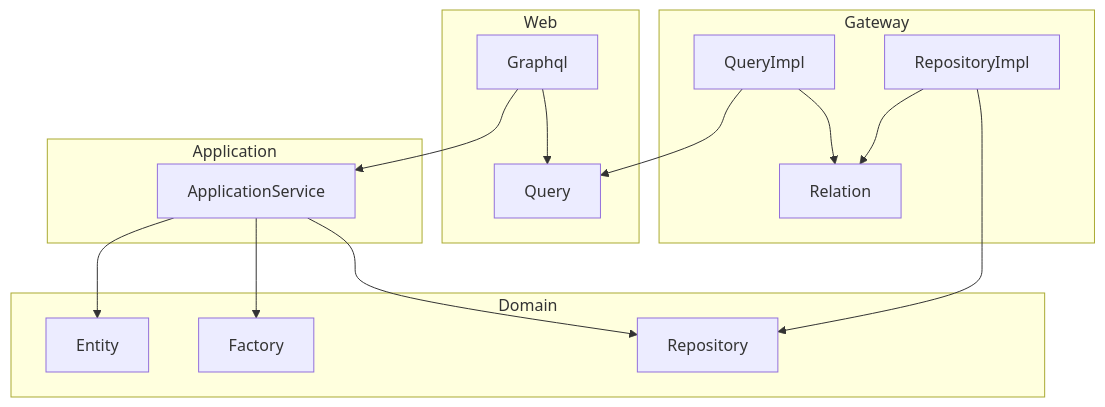
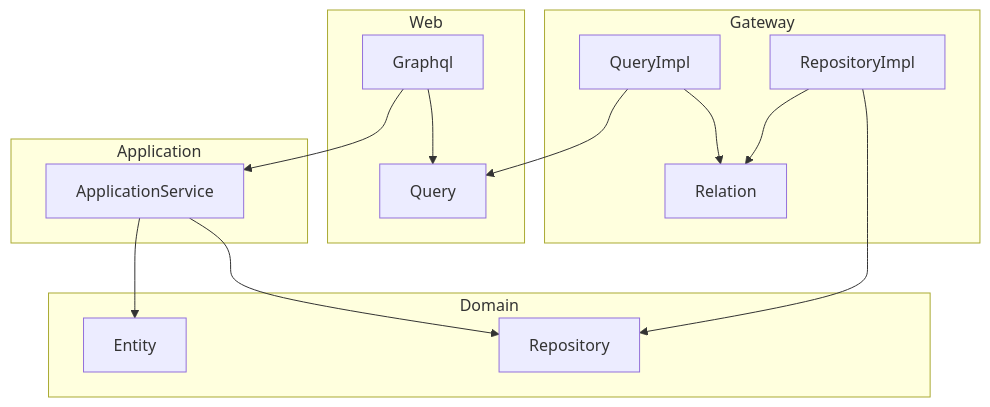
Before and after one commit to ippachi/ticketman: the diagram in backend/README.md, drawn with Mermaid. The commit also changed 9 other files, not shown here.

````diff
--- a/backend/README.md
+++ b/backend/README.md
@@ -14,31 +14,29 @@
 ```mermaid
 flowchart TD
     subgraph Gateway
         RepositoryImpl-->Relation
         QueryImpl-->Relation
         Relation
     end
 
     subgraph Web
         Graphql
         Query
     end
 
     subgraph Application
         ApplicationService
     end
 
     subgraph Domain
         Entity
-        Factory
         Repository
     end
 
     RepositoryImpl-->Repository
     QueryImpl-->Query
-    ApplicationService-->Factory
     ApplicationService-->Entity
     ApplicationService-->Repository
     Graphql-->ApplicationService
     Graphql-->Query
 ```
````
